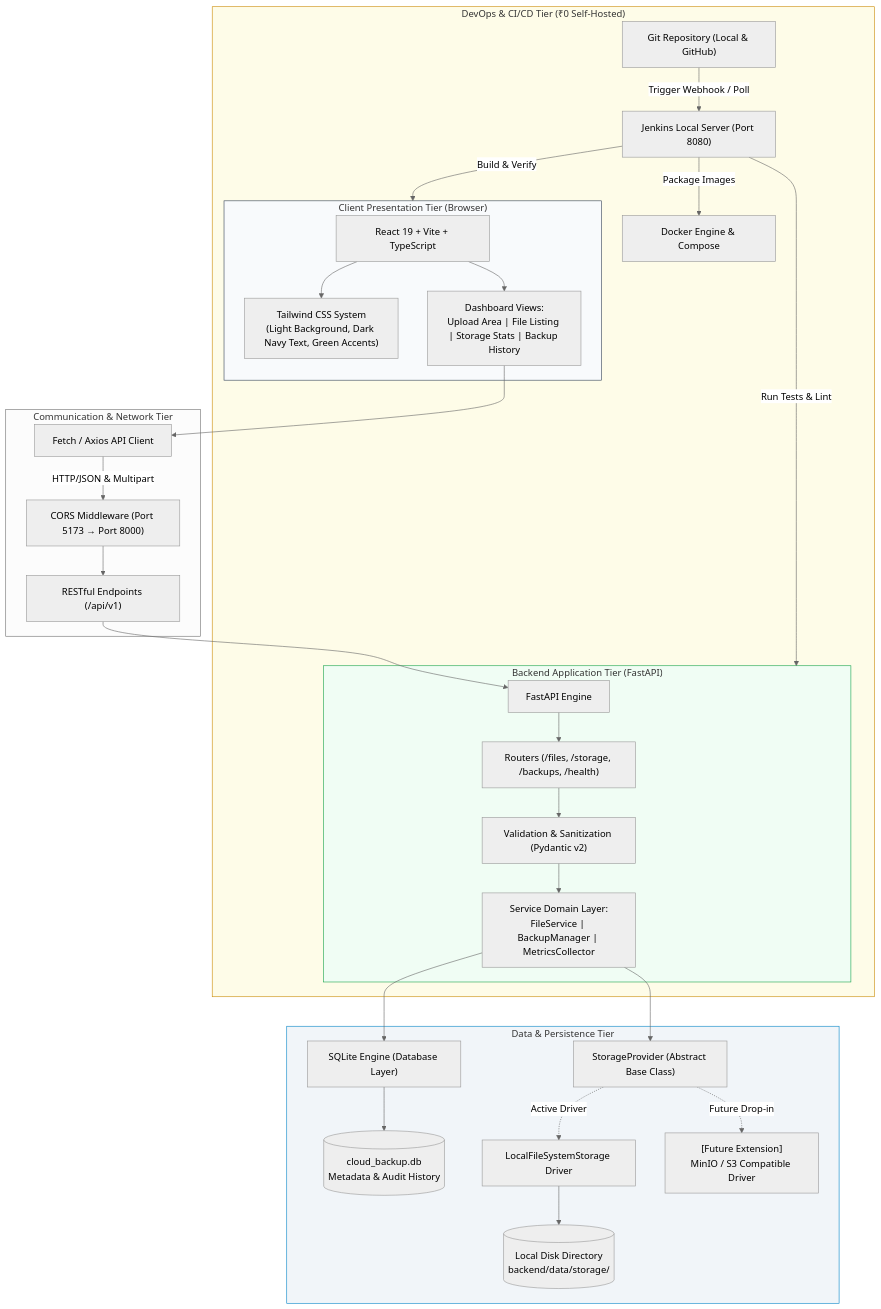
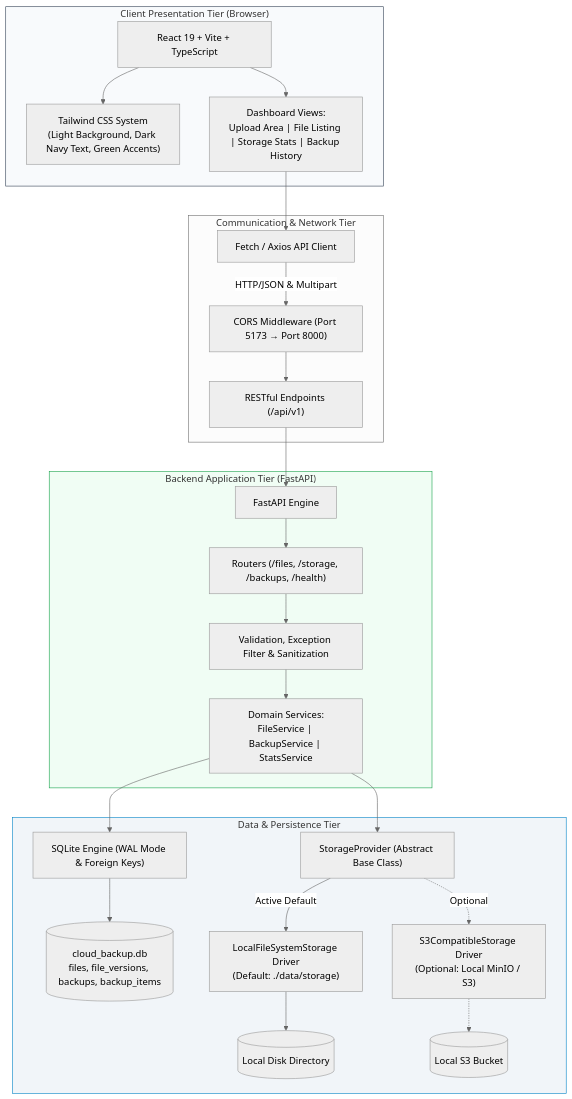
Before and after one commit to LakshayYadav167/Cloud-backup-system: the diagram in README.md, drawn with Mermaid (neutral theme). The commit also changed other lines of this file and 31 other files, not shown here.

Commit message:
feat(phase-2): implement versioned backend storage engine, SQLite persistence, and REST APIs

````diff
--- a/README.md
+++ b/README.md
@@ -26,66 +38,56 @@
 ```mermaid
 graph TB
     subgraph Client_Tier["Client Presentation Tier (Browser)"]
         UI["React 19 + Vite + TypeScript"]
         Tailwind["Tailwind CSS System<br/>(Light Background, Dark Navy Text, Green Accents)"]
         Dashboard["Dashboard Views:<br/>Upload Area | File Listing | Storage Stats | Backup History"]
         UI --> Tailwind
         UI --> Dashboard
     end
 
     subgraph API_Gateway["Communication & Network Tier"]
         HTTP_Client["Fetch / Axios API Client"]
         CORS["CORS Middleware (Port 5173 &rarr; Port 8000)"]
         REST["RESTful Endpoints (/api/v1)"]
         Dashboard --> HTTP_Client
         HTTP_Client -->|HTTP/JSON & Multipart| CORS
         CORS --> REST
     end
 
     subgraph Backend_Tier["Backend Application Tier (FastAPI)"]
         App["FastAPI Engine"]
         Routers["Routers (/files, /storage, /backups, /health)"]
-        Services["Service Domain Layer:<br/>FileService | BackupManager | MetricsCollector"]
-        Security["Validation & Sanitization (Pydantic v2)"]
+        Services["Domain Services:<br/>FileService | BackupService | StatsService"]
+        Security["Validation, Exception Filter & Sanitization"]
         
         REST --> App
         App --> Routers
         Routers --> Security
         Security --> Services
     end
 
     subgraph Storage_Tier["Data & Persistence Tier"]
-        DB_Interface["SQLite Engine (Database Layer)"]
-        SQLite_File[("cloud_backup.db<br/>Metadata & Audit History")]
+        DB_Interface["SQLite Engine (WAL Mode & Foreign Keys)"]
+        SQLite_File[("cloud_backup.db<br/>files, file_versions, backups, backup_items")]
         
         Storage_ABC["StorageProvider (Abstract Base Class)"]
-        Local_Driver["LocalFileSystemStorage Driver"]
-        Future_Driver["[Future Extension]<br/>MinIO / S3 Compatible Driver"]
+        Local_Driver["LocalFileSystemStorage Driver<br/>(Default: ./data/storage)"]
+        S3_Driver["S3CompatibleStorage Driver<br/>(Optional: Local MinIO / S3)"]
         
-        FS_Storage[("Local Disk Directory<br/>backend/data/storage/")]
+        FS_Storage[("Local Disk Directory")]
+        S3_Storage[("Local S3 Bucket")]
         
         Services --> DB_Interface
         DB_Interface --> SQLite_File
         
         Services --> Storage_ABC
-        Storage_ABC -.->|Active Driver| Local_Driver
-        Storage_ABC -.->|Future Drop-in| Future_Driver
+        Storage_ABC -->|Active Default| Local_Driver
+        Storage_ABC -.->|Optional| S3_Driver
         Local_Driver --> FS_Storage
-    end
-
-    subgraph Automation_Tier["DevOps & CI/CD Tier (₹0 Self-Hosted)"]
-        GitRepo["Git Repository (Local & GitHub)"]
-        Jenkins["Jenkins Local Server (Port 8080)"]
-        Docker["Docker Engine & Compose"]
-        
-        GitRepo -->|Trigger Webhook / Poll| Jenkins
-        Jenkins -->|Run Tests & Lint| Backend_Tier
-        Jenkins -->|Build & Verify| Client_Tier
-        Jenkins -->|Package Images| Docker
+        S3_Driver -.-> S3_Storage
     end
 
     style Client_Tier fill:#f8fafc,stroke:#334155,stroke-width:1px
     style Backend_Tier fill:#f0fdf4,stroke:#16a34a,stroke-width:1px
     style Storage_Tier fill:#f1f5f9,stroke:#0284c7,stroke-width:1px
-    style Automation_Tier fill:#fefce8,stroke:#ca8a04,stroke-width:1px
 ```
````
